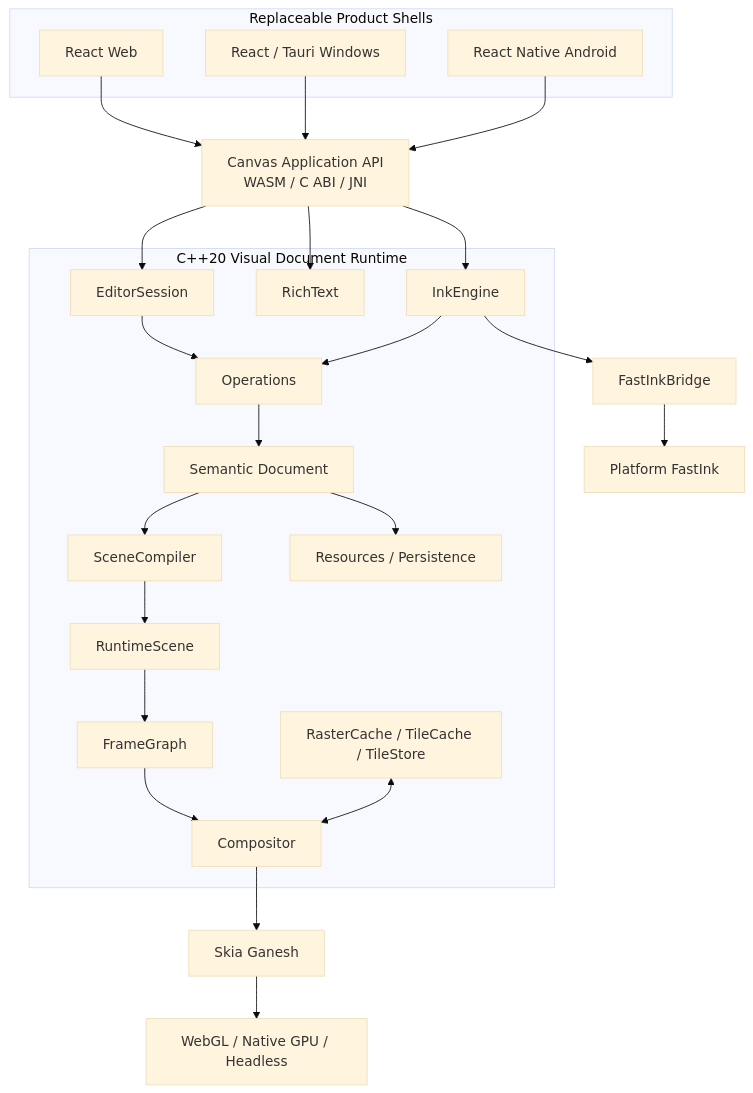
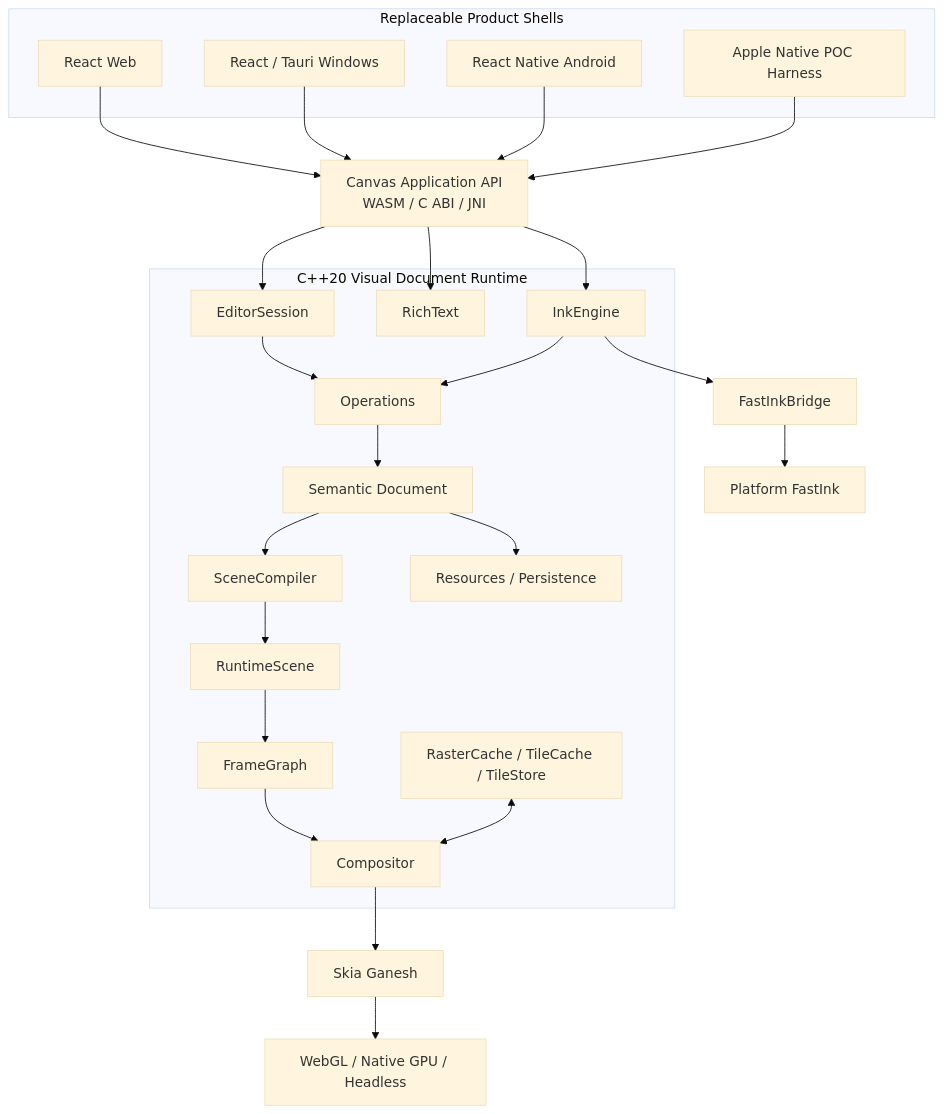
One commit to Mostorm-Labs/Axiom changed the diagram in docs/PROJECT_FRAMEWORK.md. Above: the diagram before and after it, drawn with Mermaid (base theme). The commit also changed other lines of this file and 97 other files, not shown here.

````diff
--- a/docs/PROJECT_FRAMEWORK.md
+++ b/docs/PROJECT_FRAMEWORK.md
@@ -76,49 +78,51 @@
 ```mermaid
 flowchart TB
   subgraph Shells["Replaceable Product Shells"]
     Web["React Web"]
     Win["React / Tauri Windows"]
     Android["React Native Android"]
+    Apple["Apple Native POC Harness"]
   end
 
   API["Canvas Application API<br/>WASM / C ABI / JNI"]
 
   subgraph Runtime["C++20 Visual Document Runtime"]
     Doc["Semantic Document"]
     Ops["Operations"]
     Editor["EditorSession"]
     Text["RichText"]
     Ink["InkEngine"]
     Compiler["SceneCompiler"]
     Scene["RuntimeScene"]
     Graph["FrameGraph"]
     Comp["Compositor"]
     Cache["RasterCache / TileCache / TileStore"]
     Store["Resources / Persistence"]
   end
 
   Skia["Skia Ganesh"]
   Targets["WebGL / Native GPU / Headless"]
   FastBridge["FastInkBridge"]
   FastPlatform["Platform FastInk"]
 
   Web --> API
   Win --> API
   Android --> API
+  Apple --> API
   API --> Editor
   Editor --> Ops
   Ops --> Doc
   Doc --> Store
   Doc --> Compiler
   Compiler --> Scene
   Scene --> Graph
   Graph --> Comp
   Cache <--> Comp
   Comp --> Skia
   Skia --> Targets
   API --> Text
   API --> Ink
   Ink --> Ops
   Ink --> FastBridge
   FastBridge --> FastPlatform
 ```
````
